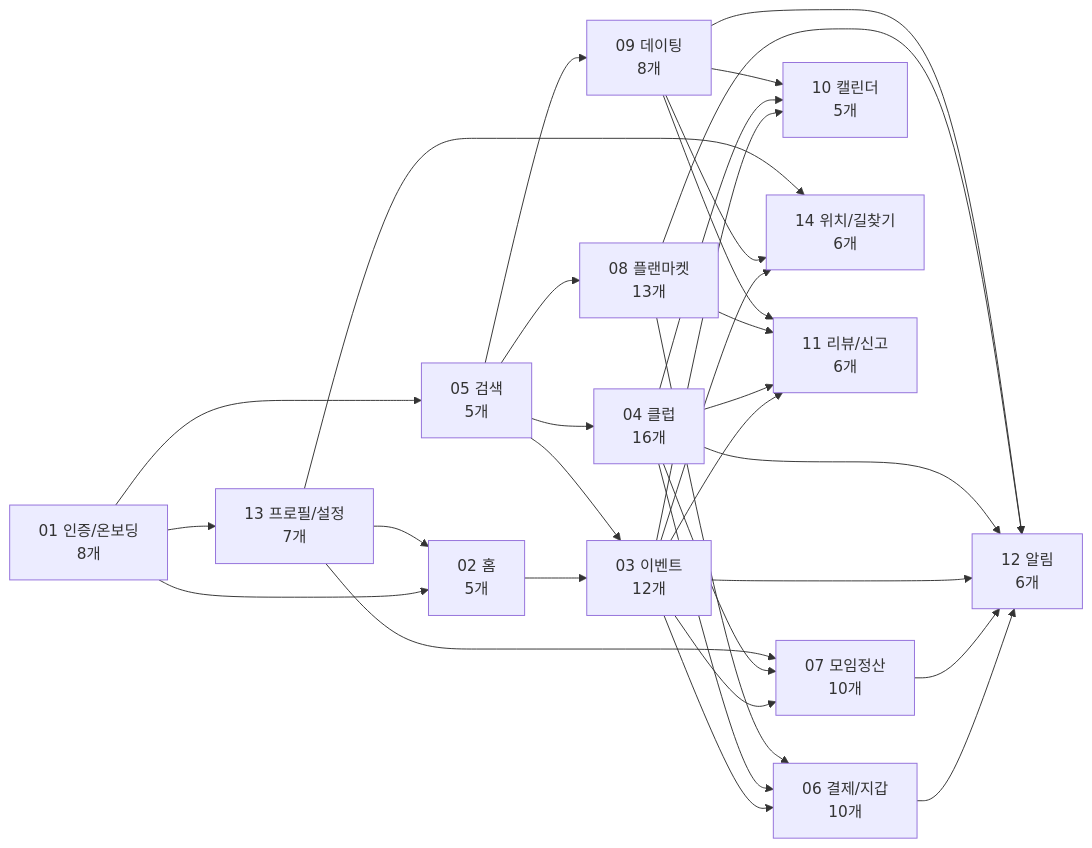
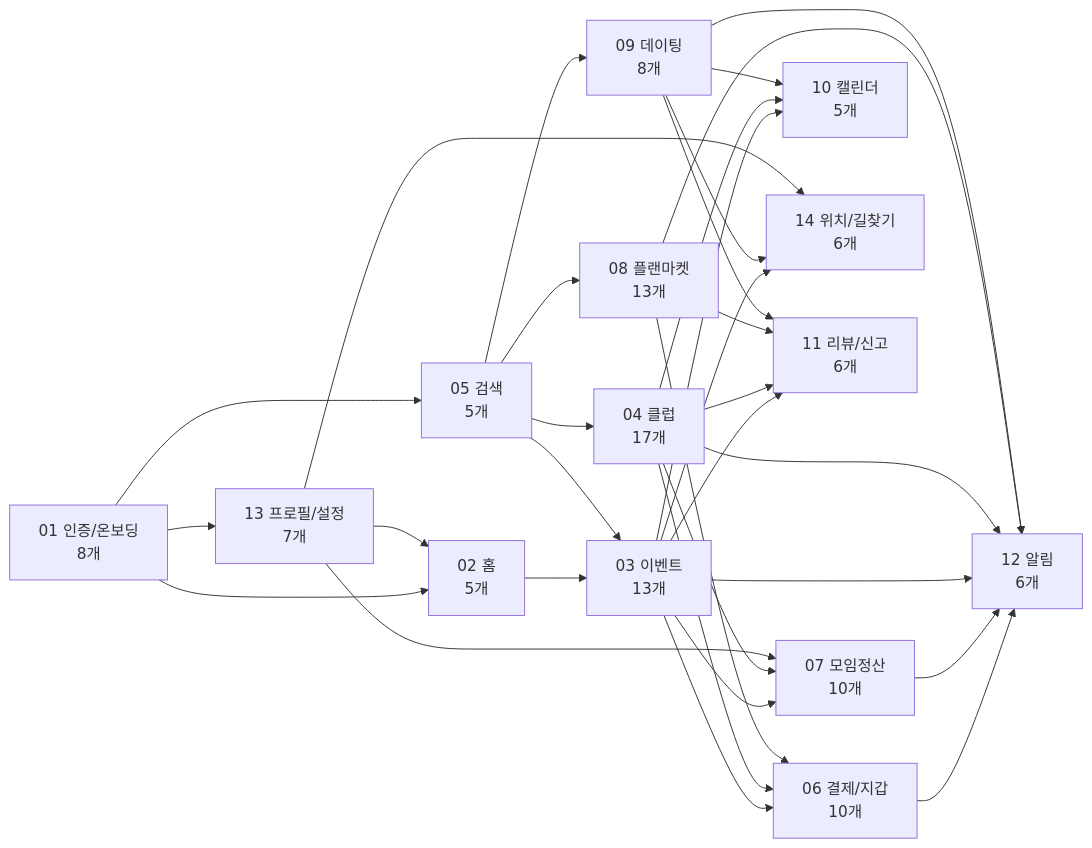
Before and after one commit to endside82/business_logic: the first of 8 diagrams in prd/00_product_prd.md, drawn with Mermaid. The commit also changed other lines of this file and 97 other files, not shown here.

````diff
--- a/prd/00_product_prd.md
+++ b/prd/00_product_prd.md
@@ -43,34 +43,34 @@
 ```mermaid
 flowchart LR
     A["01 인증/온보딩<br/>8개"] --> B["02 홈<br/>5개"]
     A --> C["05 검색<br/>5개"]
-    B --> D["03 이벤트<br/>12개"]
+    B --> D["03 이벤트<br/>13개"]
     C --> D
-    C --> E["04 클럽<br/>16개"]
+    C --> E["04 클럽<br/>17개"]
     C --> F["08 플랜마켓<br/>13개"]
     C --> G["09 데이팅<br/>8개"]
     D --> H["06 결제/지갑<br/>10개"]
     D --> I["07 모임정산<br/>10개"]
     E --> H
     E --> I
     F --> H
     D --> J["10 캘린더<br/>5개"]
     E --> J
     G --> J
     D --> K["14 위치/길찾기<br/>6개"]
     G --> K
     D --> L["11 리뷰/신고<br/>6개"]
     E --> L
     F --> L
     G --> L
     H --> M["12 알림<br/>6개"]
     I --> M
     D --> M
     E --> M
     F --> M
     G --> M
     A --> N["13 프로필/설정<br/>7개"]
     N --> B
     N --> K
     N --> I
 ```
````
